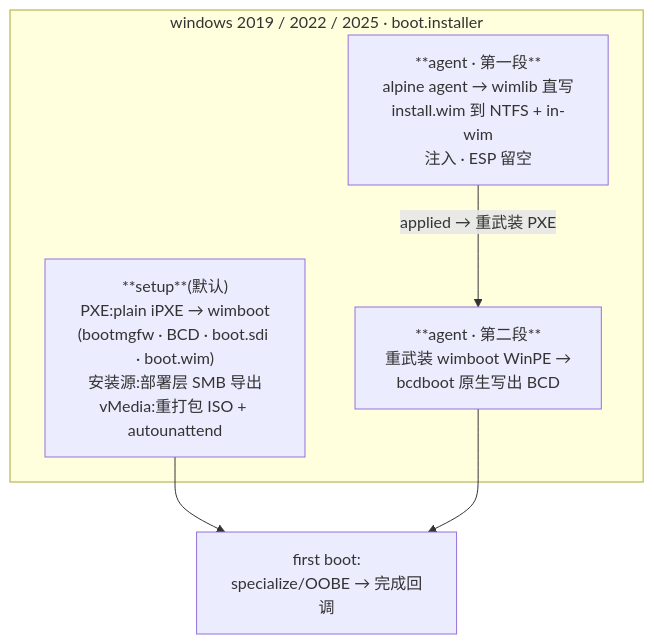
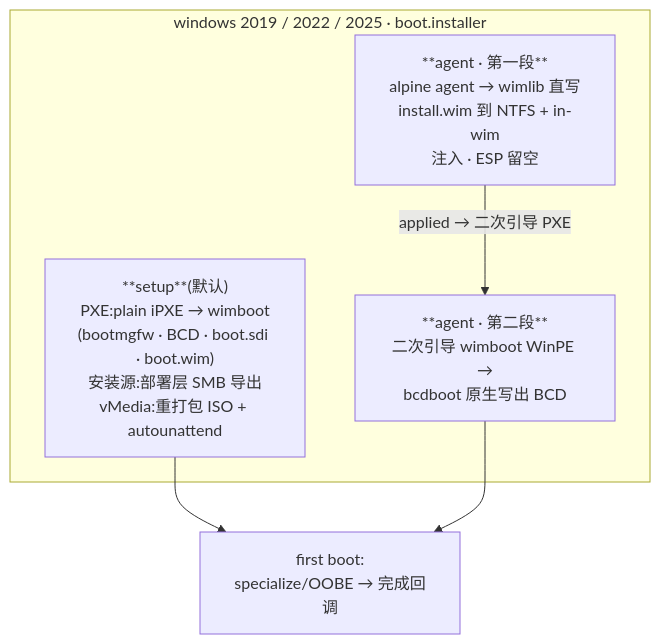
The second of 3 diagrams in README.zh-CN.md (3th1nk/mammoth), drawn with Mermaid before and after one commit. The commit also changed other lines of this file and 6 other files, not shown here.

````diff
--- a/README.zh-CN.md
+++ b/README.zh-CN.md
@@ -143,10 +143,10 @@
 ```mermaid
 flowchart TD
     subgraph WS["windows 2019 / 2022 / 2025 · boot.installer"]
         st["**setup**(默认)<br/>PXE:plain iPXE → wimboot<br/>(bootmgfw · BCD · boot.sdi · boot.wim)<br/>安装源:部署层 SMB 导出<br/>vMedia:重打包 ISO + autounattend"]
         a1["**agent · 第一段**<br/>alpine agent → wimlib 直写<br/>install.wim 到 NTFS + in-wim<br/>注入 · ESP 留空"]
-        a2["**agent · 第二段**<br/>重武装 wimboot WinPE →<br/>bcdboot 原生写出 BCD"]
+        a2["**agent · 第二段**<br/>二次引导 wimboot WinPE →<br/>bcdboot 原生写出 BCD"]
     end
     st --> fbt["first boot:<br/>specialize/OOBE → 完成回调"]
-    a1 -->|"applied → 重武装 PXE"| a2 --> fbt
+    a1 -->|"applied → 二次引导 PXE"| a2 --> fbt
 ```
````
